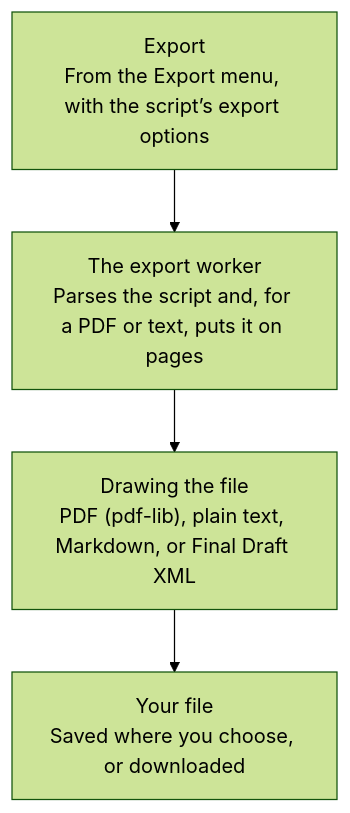
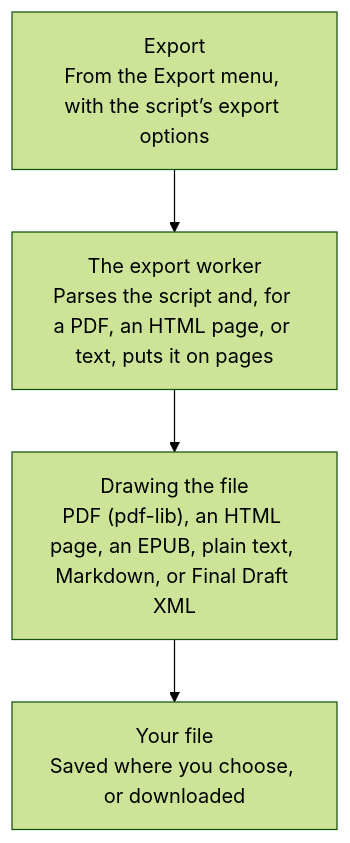
One commit to cschweda/drafter changed the fourth of 5 diagrams in docs/technical-details.md. Above: the diagram before and after it, drawn with Mermaid (forest theme). The commit also changed other lines of this file and 8 other files, not shown here.

First line of the commit message:
docs: Export as HTML in the README, the help, and the decisions, with its measured size and speed

````diff
--- a/docs/technical-details.md
+++ b/docs/technical-details.md
@@ -151,10 +151,10 @@
 ```mermaid
 flowchart TD
   s1["Export<br/>From the Export menu, with the script’s export options"]
-  s2["The export worker<br/>Parses the script and, for a PDF or text, puts it on pages"]
-  s3["Drawing the file<br/>PDF (pdf-lib), plain text, Markdown, or Final Draft XML"]
+  s2["The export worker<br/>Parses the script and, for a PDF, an HTML page, or text, puts it on pages"]
+  s3["Drawing the file<br/>PDF (pdf-lib), an HTML page, an EPUB, plain text, Markdown, or Final Draft XML"]
   s4["Your file<br/>Saved where you choose, or downloaded"]
   s1 --> s2
   s2 --> s3
   s3 --> s4
 ```
````
